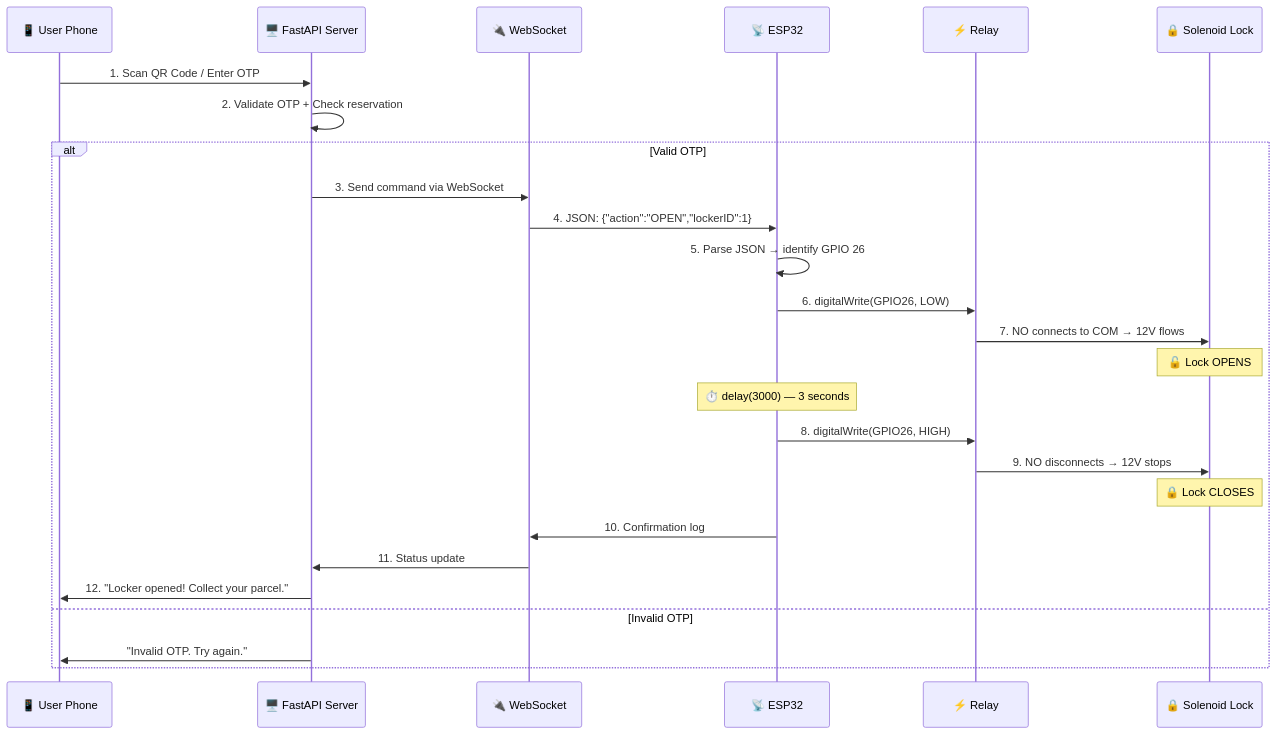
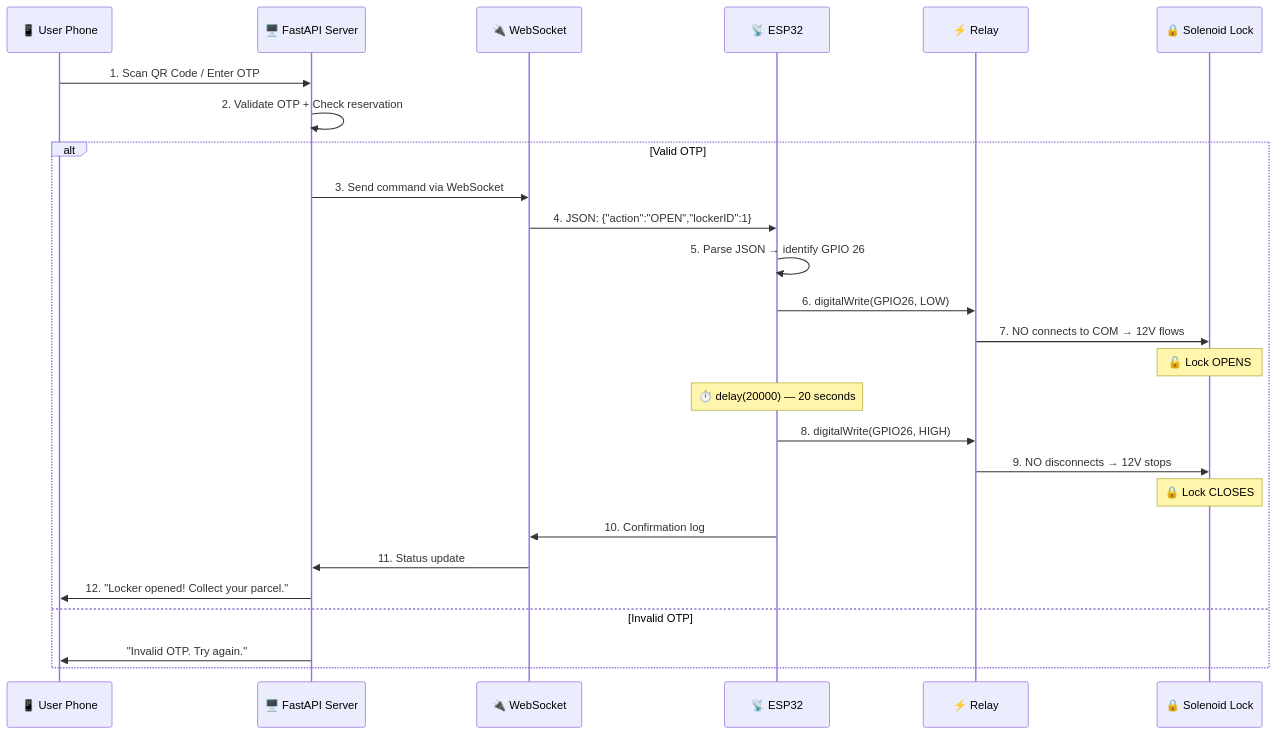
Before and after one commit to ermaasofia/SmartParcelLockerSystem: the sixth of 9 diagrams in wiring.md, drawn with Mermaid. The commit also changed other lines of this file and 3 other files, not shown here.

````diff
--- a/wiring.md
+++ b/wiring.md
@@ -353,30 +302,30 @@
 ```mermaid
 sequenceDiagram
     participant U as 📱 User Phone
     participant S as 🖥️ FastAPI Server
     participant W as 🔌 WebSocket
     participant E as 📡 ESP32
     participant R as ⚡ Relay
     participant L as 🔒 Solenoid Lock
 
     U->>S: 1. Scan QR Code / Enter OTP
     S->>S: 2. Validate OTP + Check reservation
     
     alt Valid OTP
         S->>W: 3. Send command via WebSocket
         W->>E: 4. JSON: {"action":"OPEN","lockerID":1}
         E->>E: 5. Parse JSON → identify GPIO 26
         E->>R: 6. digitalWrite(GPIO26, LOW)
         R->>L: 7. NO connects to COM → 12V flows
         Note over L: 🔓 Lock OPENS
-        Note over E: ⏱️ delay(3000) — 3 seconds
+        Note over E: ⏱️ delay(20000) — 20 seconds
         E->>R: 8. digitalWrite(GPIO26, HIGH)
         R->>L: 9. NO disconnects → 12V stops
         Note over L: 🔒 Lock CLOSES
         E->>W: 10. Confirmation log
         W->>S: 11. Status update
         S->>U: 12. "Locker opened! Collect your parcel."
     else Invalid OTP
         S->>U: "Invalid OTP. Try again."
     end
 ```
````
